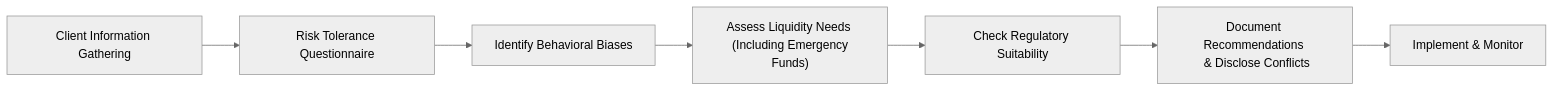
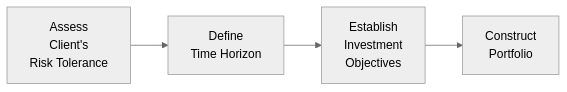
The diagram in content/ifc/4/5/index.md (MasteryEducation/SecuritiesExamsMastery.ca), drawn with Mermaid (neutral theme) before and after one commit. The commit also changed other lines of this file and 130 other files, not shown here.

````diff
--- a/content/ifc/4/5/index.md
+++ b/content/ifc/4/5/index.md
@@ -93,9 +90,6 @@
 ```mermaid
 flowchart LR
-A["Client Information Gathering"] --> B["Risk Tolerance Questionnaire"]
-B --> C["Identify Behavioral Biases"]
-C --> D["Assess Liquidity Needs <br/> (Including Emergency Funds)"]
-D --> E["Check Regulatory Suitability"]
-E --> F["Document Recommendations <br/> & Disclose Conflicts"]
-F --> G["Implement & Monitor"]
+    A["Assess <br/>Client's <br/>Risk Tolerance"] --> B["Define <br/>Time Horizon"]
+    B --> C["Establish <br/>Investment <br/>Objectives"]
+    C --> D["Construct <br/>Portfolio"]
 ```
````
